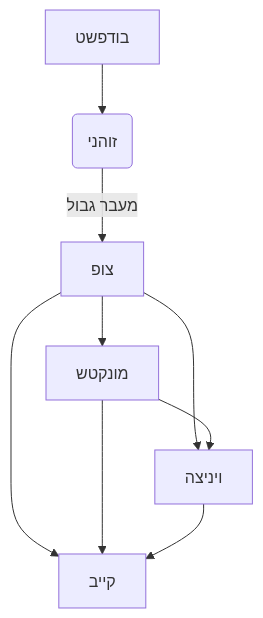
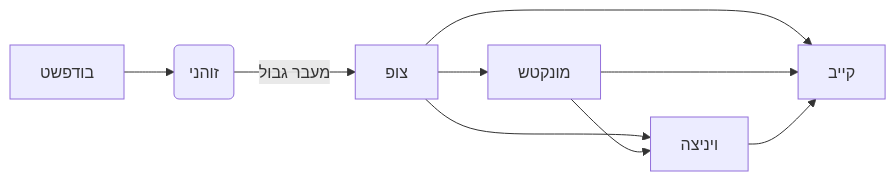
The first of 4 diagrams in content/trains/hungary/index.md (ynigun/hugo-site), drawn with Mermaid before and after one commit.

````diff
--- a/content/trains/hungary/index.md
+++ b/content/trains/hungary/index.md
@@ -60,16 +60,16 @@
 ```mermaid
-graph TD
+graph LR
 A[בודפשט] --> B(זוהני)
 B -->|מעבר גבול| C[צופ]
 C --> E[מונקטש]
 
 C --> F[קייב]
 
 E --> F
 
 C --> G[ויניצה]
 
 E --> G
 
 G --> F
 ```
````
